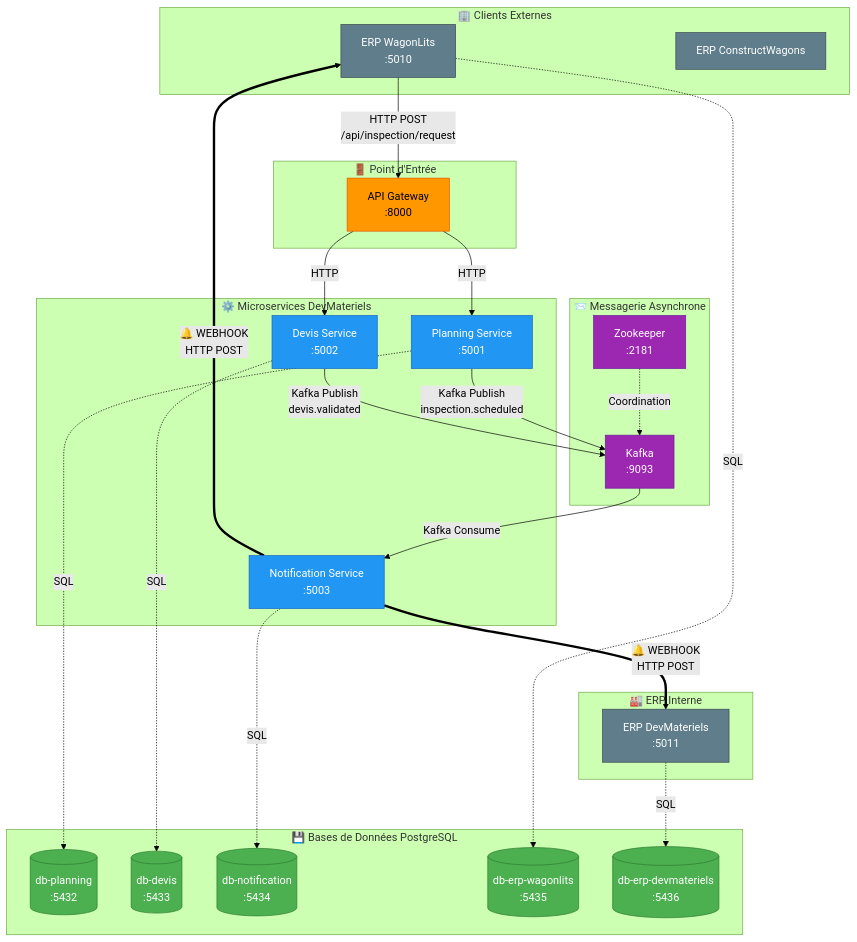
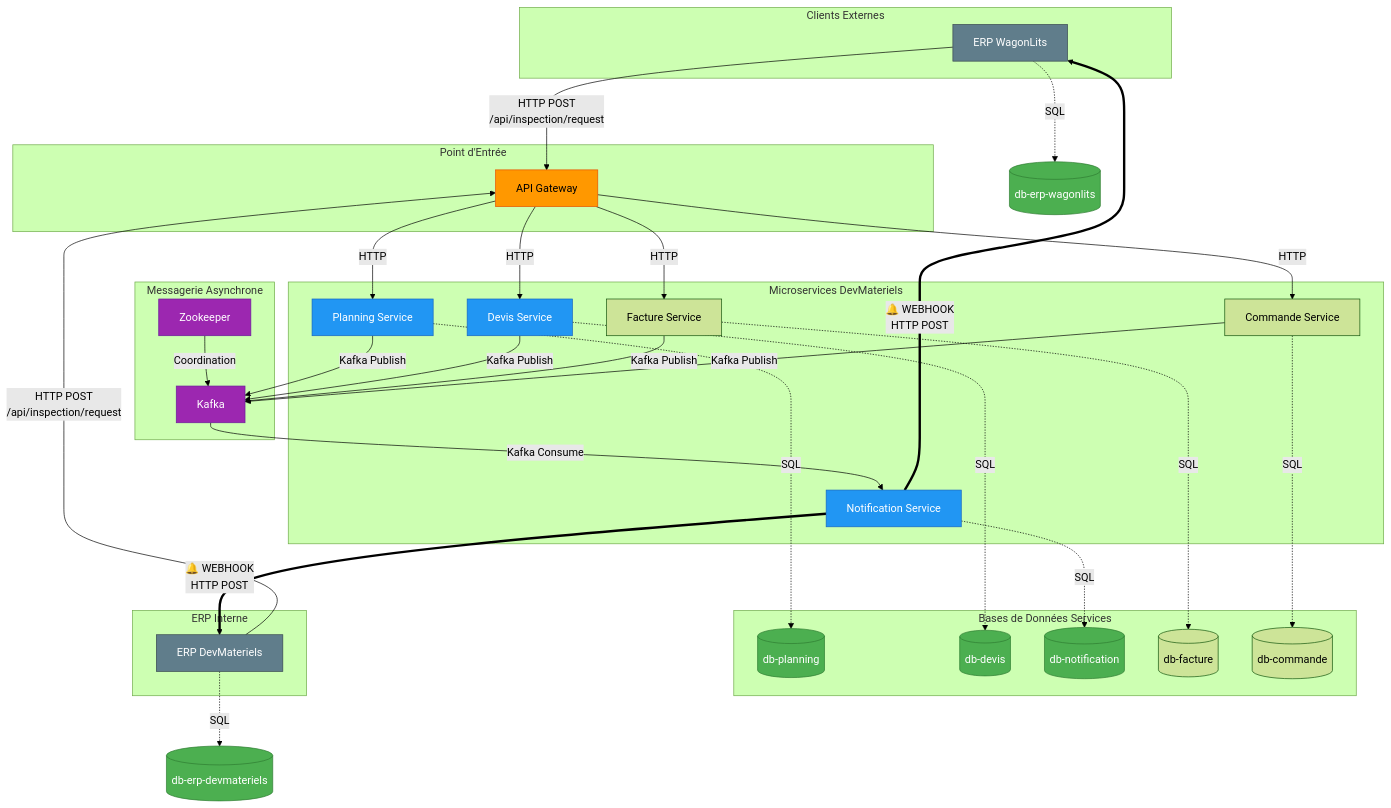
Before and after one commit to med-el-mrabet/InterConnect: the first of 2 diagrams in ARCHITECTURE_DIAGRAM.md, drawn with Mermaid (forest theme). The commit also changed 1 other file, not shown here.

Commit message:
📐 Mise à jour architecture: ajout services Facture et Commande

````diff
--- a/ARCHITECTURE_DIAGRAM.md
+++ b/ARCHITECTURE_DIAGRAM.md
@@ -5,52 +5,65 @@
 ```mermaid
 flowchart TB
-    subgraph CLIENTS["🏢 Clients Externes"]
-        WL["ERP WagonLits<br/>:5010"]
-        CW["ERP ConstructWagons"]
+    subgraph CLIENTS["Clients Externes"]
+        WL["ERP WagonLits"]
     end
 
-    subgraph GATEWAY["🚪 Point d'Entrée"]
-        API["API Gateway<br/>:8000"]
+    subgraph GATEWAY["Point d'Entrée"]
+        API["API Gateway"]
     end
 
-    subgraph MICROSERVICES["⚙️ Microservices DevMateriels"]
-        PS["Planning Service<br/>:5001"]
-        DS["Devis Service<br/>:5002"]
-        NS["Notification Service<br/>:5003"]
+    subgraph MICROSERVICES["Microservices DevMateriels"]
+        PS["Planning Service"]
+        DS["Devis Service"]
+        NS["Notification Service"]
+        FS["Facture Service"]
+        CS["Commande Service"]
+
     end
 
-    subgraph DATABASES["💾 Bases de Données PostgreSQL"]
-        DB_PS[("db-planning<br/>:5432")]
-        DB_DS[("db-devis<br/>:5433")]
-        DB_NS[("db-notification<br/>:5434")]
-        DB_WL[("db-erp-wagonlits<br/>:5435")]
-        DB_DM[("db-erp-devmateriels<br/>:5436")]
+    subgraph DATABASES["Bases de Données Services"]
+        DB_PS[("db-planning")]
+        DB_DS[("db-devis")]
+        DB_NS[("db-notification")]
+        DB_FS[("db-facture")]
+        DB_CS[("db-commande")]
+    end
+        DB_WL[("db-erp-wagonlits")]
+        DB_DM[("db-erp-devmateriels")]
+    subgraph MESSAGING["Messagerie Asynchrone"]
+        ZK["Zookeeper"]
+        KF["Kafka"]
     end
 
-    subgraph MESSAGING["📨 Messagerie Asynchrone"]
-        ZK["Zookeeper<br/>:2181"]
-        KF["Kafka<br/>:9093"]
-    end
-
-    subgraph ERP_INTERNAL["🏭 ERP Interne"]
-        DEMAT["ERP DevMateriels<br/>:5011"]
+    subgraph ERP_INTERNAL["ERP Interne"]
+        DEMAT["ERP DevMateriels"]
     end
 
     %% Communications HTTP
     WL -->|"HTTP POST<br/>/api/inspection/request"| API
     API -->|"HTTP"| PS
     API -->|"HTTP"| DS
+    API --> |"HTTP"| FS
+    API --> |"HTTP"| CS
+    DEMAT -->|"HTTP POST<br/>/api/inspection/request"| API
+
 
     %% Microservices vers leurs BDD
     PS -.->|"SQL"| DB_PS
     DS -.->|"SQL"| DB_DS
     NS -.->|"SQL"| DB_NS
+    FS -.->|"SQL"| DB_FS
+    CS -.->|"SQL"| DB_CS
+
 
     %% Kafka
-    PS -->|"Kafka Publish<br/>inspection.scheduled"| KF
-    DS -->|"Kafka Publish<br/>devis.validated"| KF
+    PS -->|"Kafka Publish"| KF
+    DS -->|"Kafka Publish"| KF
     KF -->|"Kafka Consume"| NS
-    ZK -.->|"Coordination"| KF
+    FS -->|"Kafka Publish"| KF
+    CS -->|"Kafka Publish"| KF
+    ZK -->|"Coordination"| KF
+
 
     %% Webhooks
     NS ==>|"🔔 WEBHOOK<br/>HTTP POST"| WL
@@ -59,6 +72,7 @@
     %% ERPs vers leurs BDD
     WL -.->|"SQL"| DB_WL
     DEMAT -.->|"SQL"| DB_DM
+
 
     %% Styling
     classDef gateway fill:#ff9800,stroke:#e65100,color:#000
````
